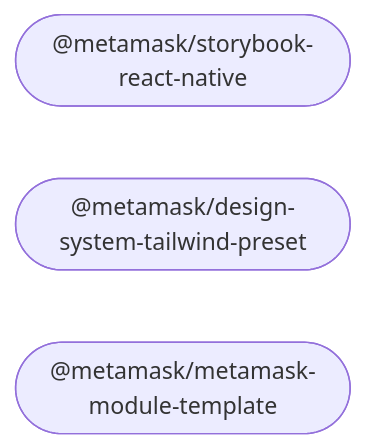
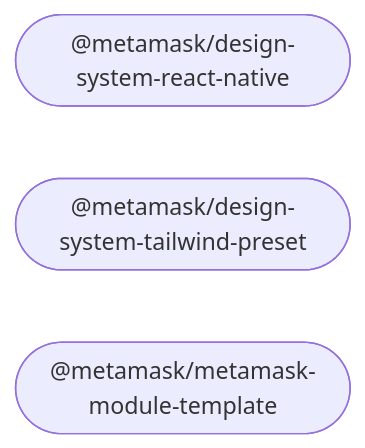
Before and after one commit to MetaMask/metamask-design-system: the diagram in README.md, drawn with Mermaid. The commit also changed other lines of this file and 8 other files, not shown here.

````diff
--- a/README.md
+++ b/README.md
@@ -20,8 +21,8 @@
 ```mermaid
 %%{ init: { 'flowchart': { 'curve': 'bumpX' } } }%%
 graph LR;
 linkStyle default opacity:0.5
-  design_system_react_native(["@metamask/storybook-react-native"]);
+  design_system_react_native(["@metamask/design-system-react-native"]);
   design_system_tailwind_preset(["@metamask/design-system-tailwind-preset"]);
   metamask_module_template(["@metamask/metamask-module-template"]);
 ```
````
